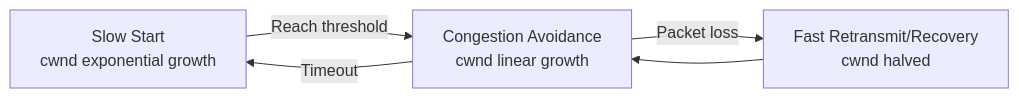
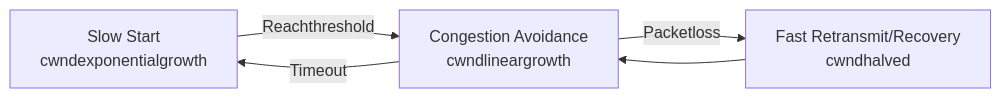
The third of 4 diagrams in docs/cs/network-os/transport-layer.mdx (YiWang24/AiDIY), drawn with Mermaid before and after one commit. The commit also changed other lines of this file and 7 other files, not shown here.

````diff
--- a/docs/cs/network-os/transport-layer.mdx
+++ b/docs/cs/network-os/transport-layer.mdx
@@ -263,7 +263,7 @@
 ```mermaid
 graph LR
-    A[Slow Start<br/>cwnd exponential growth] -->|Reach threshold| B[Congestion Avoidance<br/>cwnd linear growth]
-    B -->|Packet loss| C[Fast Retransmit/Recovery<br/>cwnd halved]
-    C --> B
-    B -->|Timeout| A
+A[Slow Start<br/>cwndexponentialgrowth]-->|Reachthreshold|B[Congestion Avoidance<br/>cwndlineargrowth]
+B-->|Packetloss|C[Fast Retransmit/Recovery<br/>cwndhalved]
+C-->B
+B-->|Timeout|A
 ```
````
